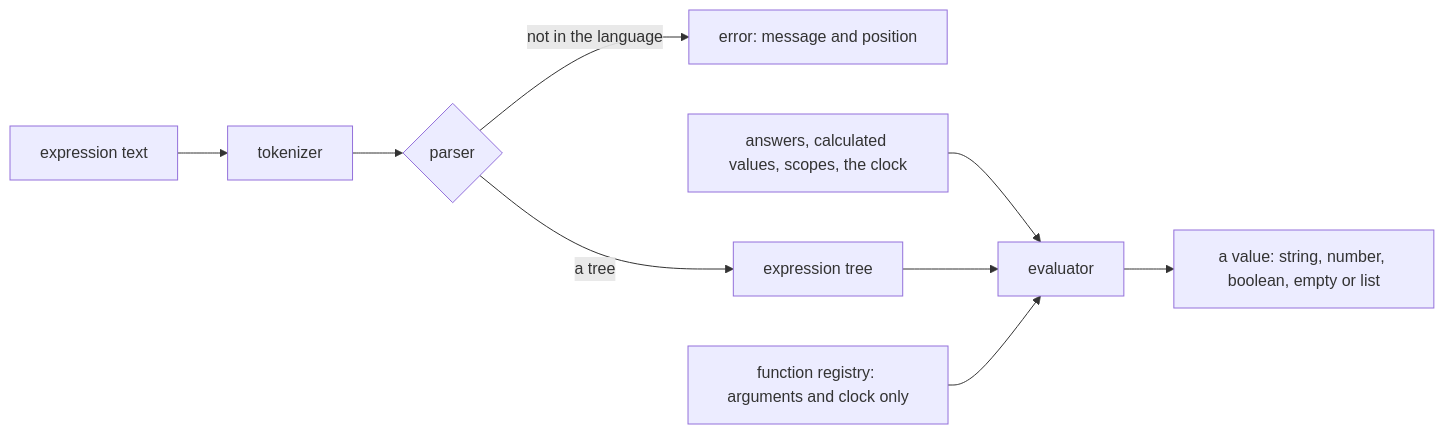
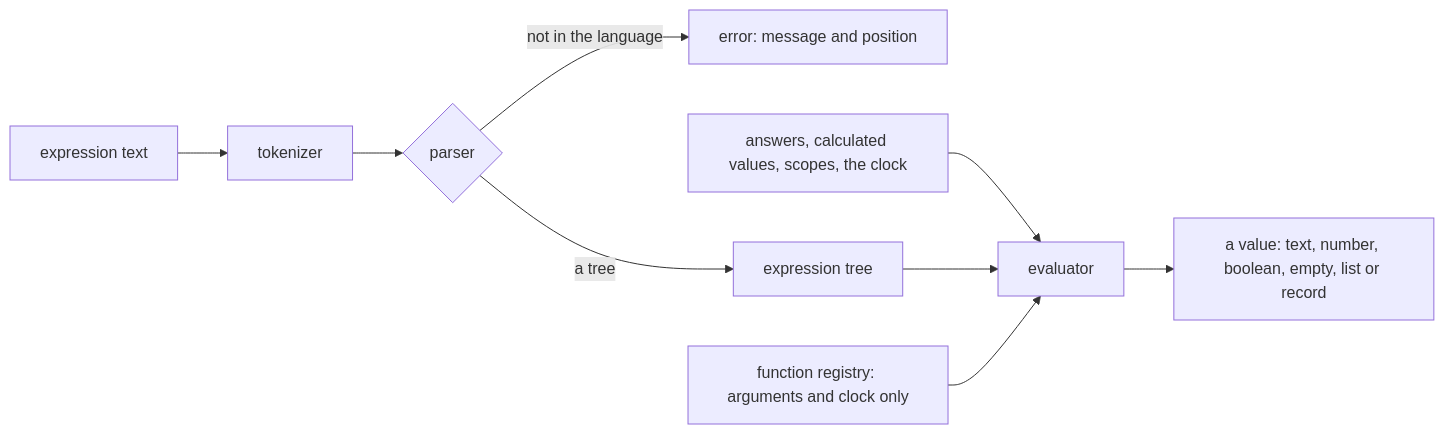
Before and after one commit to Esposter/Esposter: the diagram in openspec/specs/resource/survey-logic/design.md, drawn with Mermaid. The commit also changed other lines of this file and 23 other files, not shown here.

````diff
--- a/openspec/specs/resource/survey-logic/design.md
+++ b/openspec/specs/resource/survey-logic/design.md
@@ -7,11 +7,11 @@
 ```mermaid
 flowchart LR
   SRC["expression text"] --> TOK["tokenizer"]
   TOK --> PARSE{"parser"}
   PARSE -->|"not in the language"| ERR["error: message and position"]
   PARSE -->|"a tree"| TREE["expression tree"]
   VALUES["answers, calculated values, scopes, the clock"] --> EVAL["evaluator"]
   TREE --> EVAL
-  EVAL --> VALUE["a value: string, number, boolean, empty or list"]
+  EVAL --> VALUE["a value: text, number, boolean, empty, list or record"]
   FNS["function registry: arguments and clock only"] --> EVAL
 ```
````
